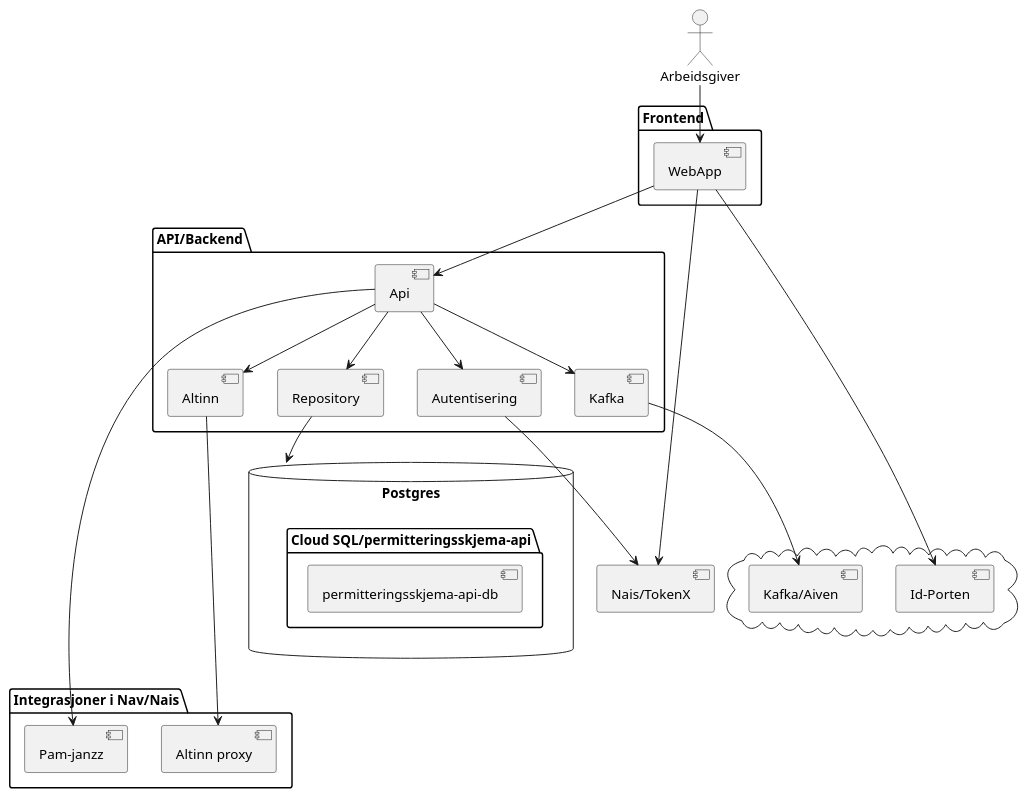
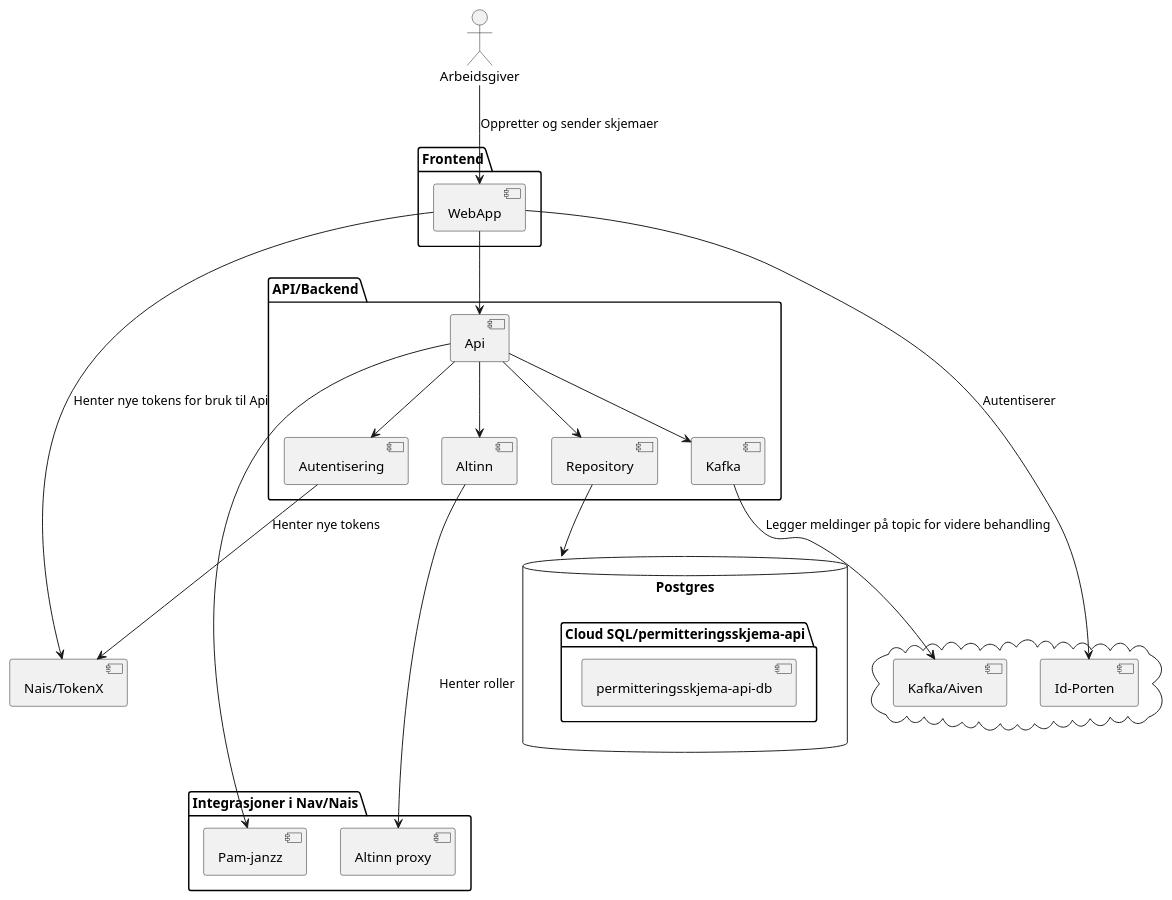
The diagram in docs/permitteringsmelding.puml (navikt/permittering-og-nedbemanning), drawn with PlantUML before and after one commit.

Commit message:
Litt forklaring på komponenter

```diff
--- a/docs/permitteringsmelding.puml
+++ b/docs/permitteringsmelding.puml
@@ -1,47 +1,47 @@
 @startuml
 package "API/Backend" {
   [Api]
   [Altinn]
   [Kafka]
   [Autentisering]
   [Repository]
 }
 
 package "Frontend" {
   [WebApp]
 }
 
 cloud {
   [Kafka/Aiven]
   [Id-Porten]
 }
 
 package "Integrasjoner i Nav/Nais" {
   [Altinn proxy]
   [Pam-janzz]
 }
 
 actor Arbeidsgiver
 
 [Nais/TokenX]
 
 database "Postgres" {
   folder "Cloud SQL/permitteringsskjema-api" {
     [permitteringsskjema-api-db]
   }
 }
 
-Arbeidsgiver -->[WebApp]
-[Kafka] --> [Kafka/Aiven]
-[Autentisering] --> [Nais/TokenX]
-[WebApp] --> [Nais/TokenX]
+Arbeidsgiver --> [WebApp] : Oppretter og sender skjemaer
+[Kafka] --> [Kafka/Aiven] : Legger meldinger på topic for videre behandling
+[Autentisering] --> [Nais/TokenX] : Henter nye tokens
+[WebApp] --> [Nais/TokenX] : Henter nye tokens for bruk til Api
 [WebApp] --> [Api]
-[WebApp] --> [Id-Porten]
+[WebApp] --> [Id-Porten] : Autentiserer
 [Api] --> [Altinn]
 [Api] --> [Kafka]
 [Api] --> [Autentisering]
 [Api] --> [Repository]
 [Api] --> [Pam-janzz]
-[Altinn] ---> [Altinn proxy]
+[Altinn] ---> [Altinn proxy] : Henter roller
 Repository--> Postgres
 @enduml
```
